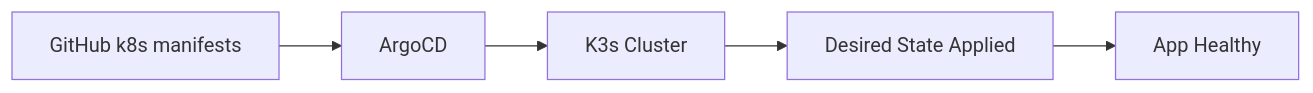
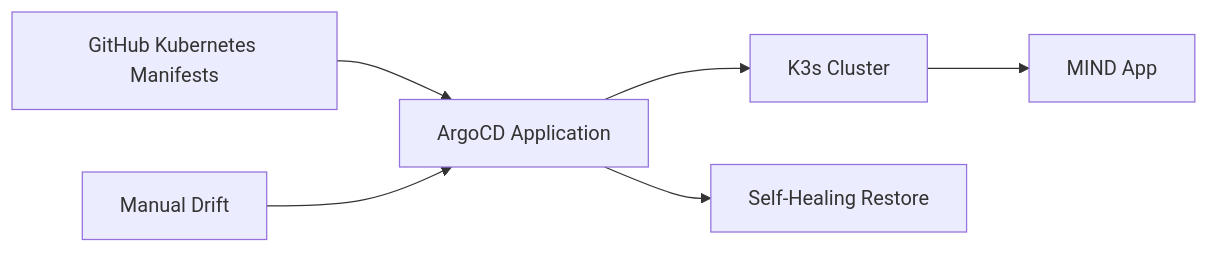
One commit to abdelrahman-saad/End-to-End-Cloud-Delivery-Platform changed the diagram in docs/argocd.md. Above: the diagram before and after it, drawn with Mermaid. The commit also changed other lines of this file and 17 other files, not shown here.

````diff
--- a/docs/argocd.md
+++ b/docs/argocd.md
@@ -18,7 +13,8 @@
 ```mermaid
 flowchart LR
-    A[GitHub k8s manifests] --> B[ArgoCD]
-    B --> C[K3s Cluster]
-    C --> D[Desired State Applied]
-    D --> E[App Healthy]
+  GH[GitHub Kubernetes Manifests] --> AR[ArgoCD Application]
+  AR --> K3S[K3s Cluster]
+  K3S --> APP[MIND App]
+  Drift[Manual Drift] --> AR
+  AR --> Heal[Self-Healing Restore]
 ```
````
